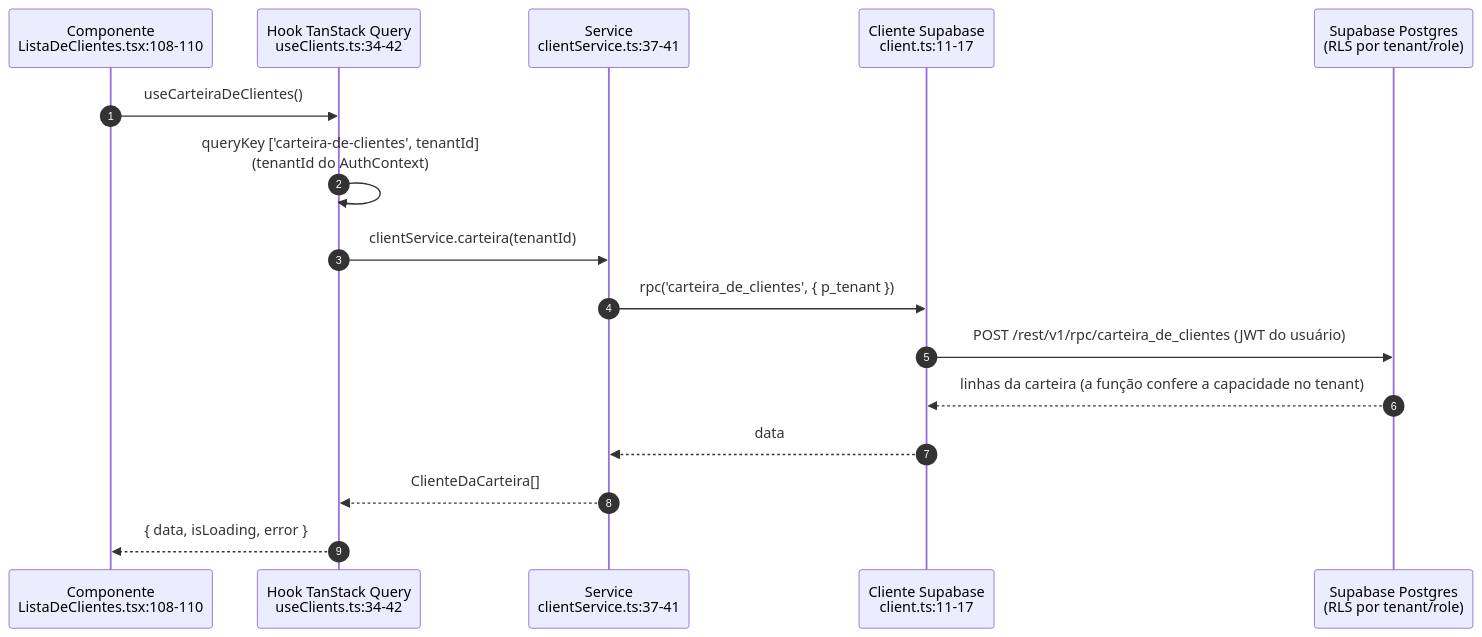
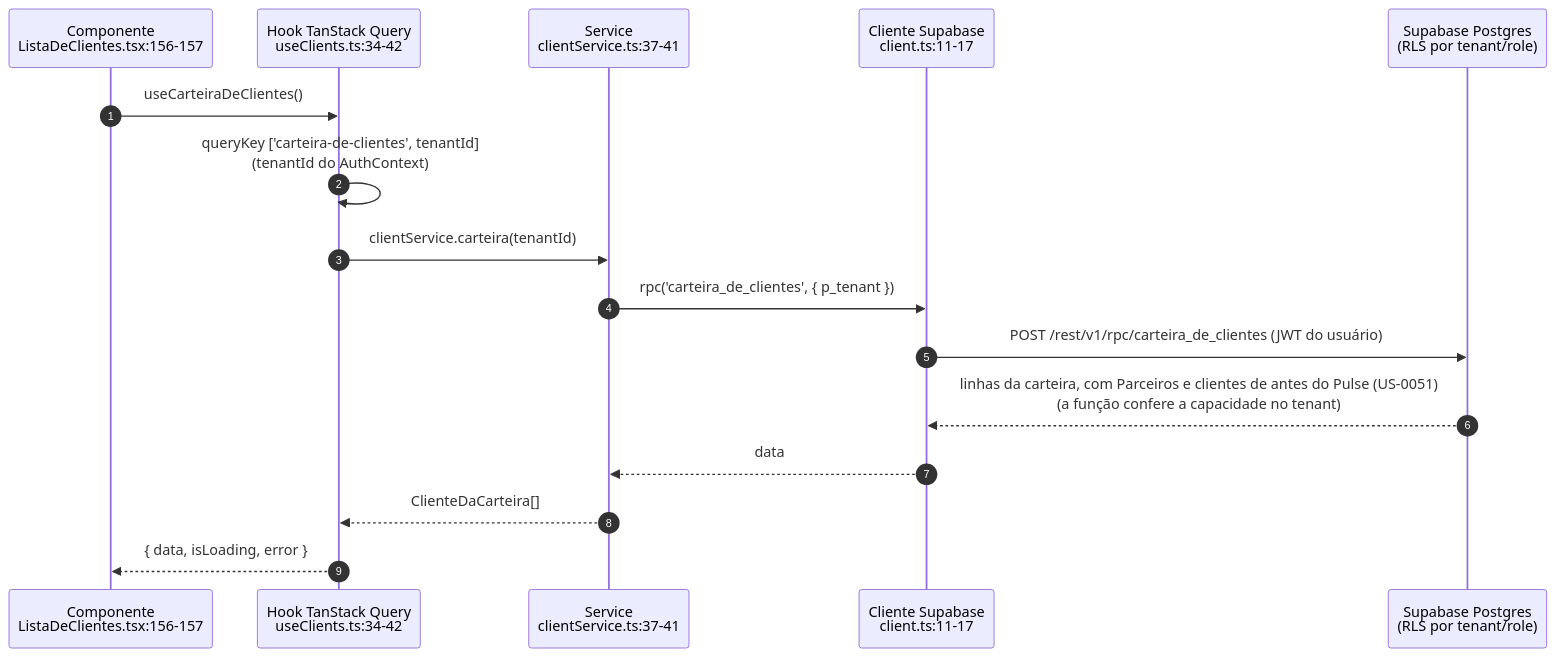
The first of 2 diagrams in .harness/docs/architecture/overview.md (Origami-Lab-Organization/og-pulse), drawn with Mermaid before and after one commit. The commit also changed 28 other files, not shown here.

First line of the commit message:
feat(prospeccao): US-0051 marcas Parceiro e Cliente antes do Pulse

````diff
--- a/.harness/docs/architecture/overview.md
+++ b/.harness/docs/architecture/overview.md
@@ -154,19 +154,19 @@
 ```mermaid
 sequenceDiagram
     autonumber
-    participant P as Componente<br/>ListaDeClientes.tsx:108-110
+    participant P as Componente<br/>ListaDeClientes.tsx:156-157
     participant H as Hook TanStack Query<br/>useClients.ts:34-42
     participant S as Service<br/>clientService.ts:37-41
     participant C as Cliente Supabase<br/>client.ts:11-17
     participant DB as Supabase Postgres<br/>(RLS por tenant/role)
 
     P->>H: useCarteiraDeClientes()
     H->>H: queryKey ['carteira-de-clientes', tenantId]<br/>(tenantId do AuthContext)
     H->>S: clientService.carteira(tenantId)
     S->>C: rpc('carteira_de_clientes', { p_tenant })
     C->>DB: POST /rest/v1/rpc/carteira_de_clientes (JWT do usuário)
-    DB-->>C: linhas da carteira (a função confere a capacidade no tenant)
+    DB-->>C: linhas da carteira, com Parceiros e clientes de antes do Pulse (US-0051)<br/>(a função confere a capacidade no tenant)
     C-->>S: data
     S-->>H: ClienteDaCarteira[]
     H-->>P: { data, isLoading, error }
 ```
````
